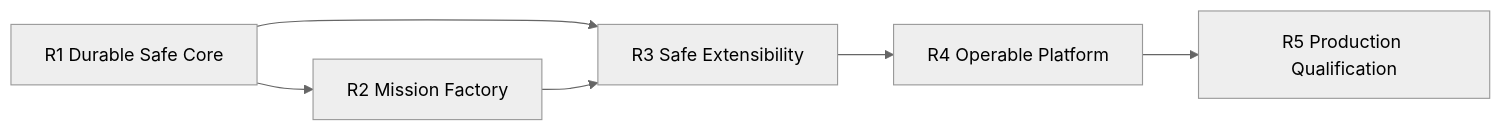
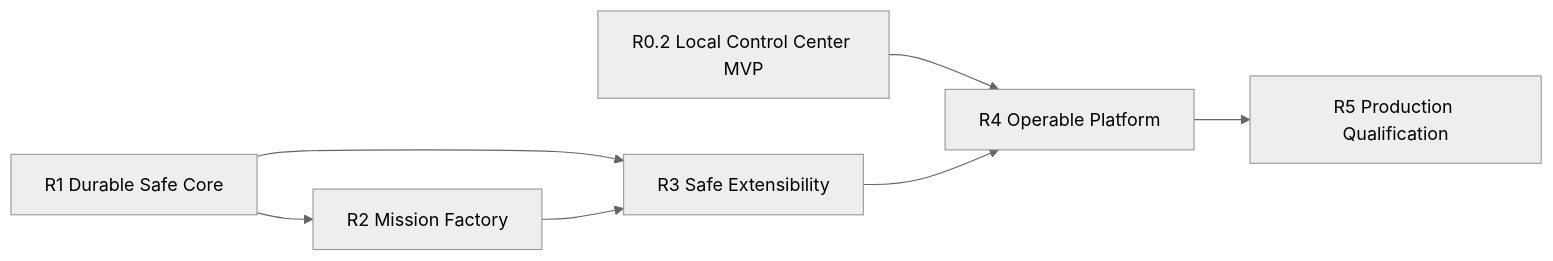
The diagram in docs/development-roadmap.md (HappyMiha/AgentFactory), drawn with Mermaid (neutral theme) before and after one commit. The commit also changed other lines of this file and 2 other files, not shown here.

Commit message:
docs: plan local control center MVP

````diff
--- a/docs/development-roadmap.md
+++ b/docs/development-roadmap.md
@@ -35,8 +36,9 @@
 ```mermaid
 flowchart LR
+    R02["R0.2 Local Control Center MVP"] --> R4["R4 Operable Platform"]
     R1["R1 Durable Safe Core"] --> R2["R2 Mission Factory"]
     R1 --> R3["R3 Safe Extensibility"]
     R2 --> R3
     R3 --> R4["R4 Operable Platform"]
     R4 --> R5["R5 Production Qualification"]
 ```
````
